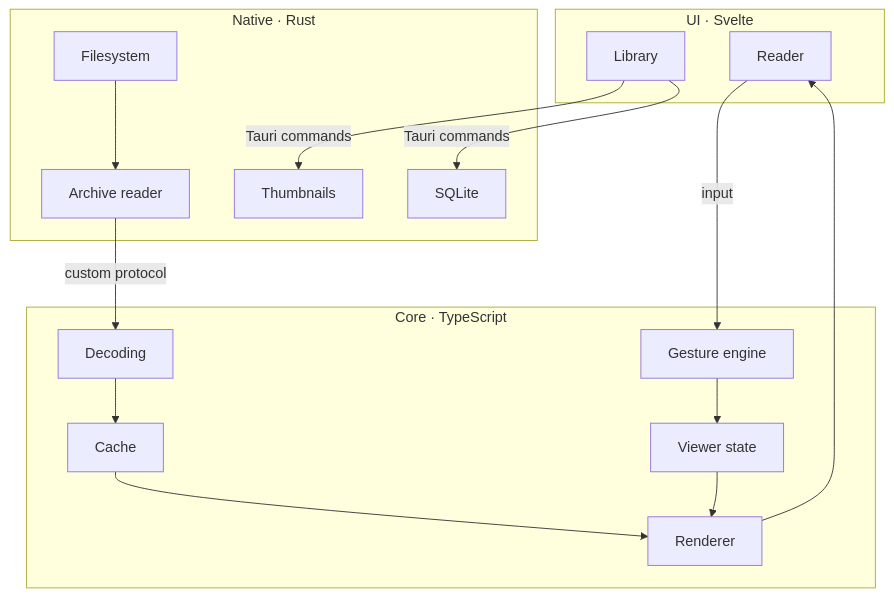
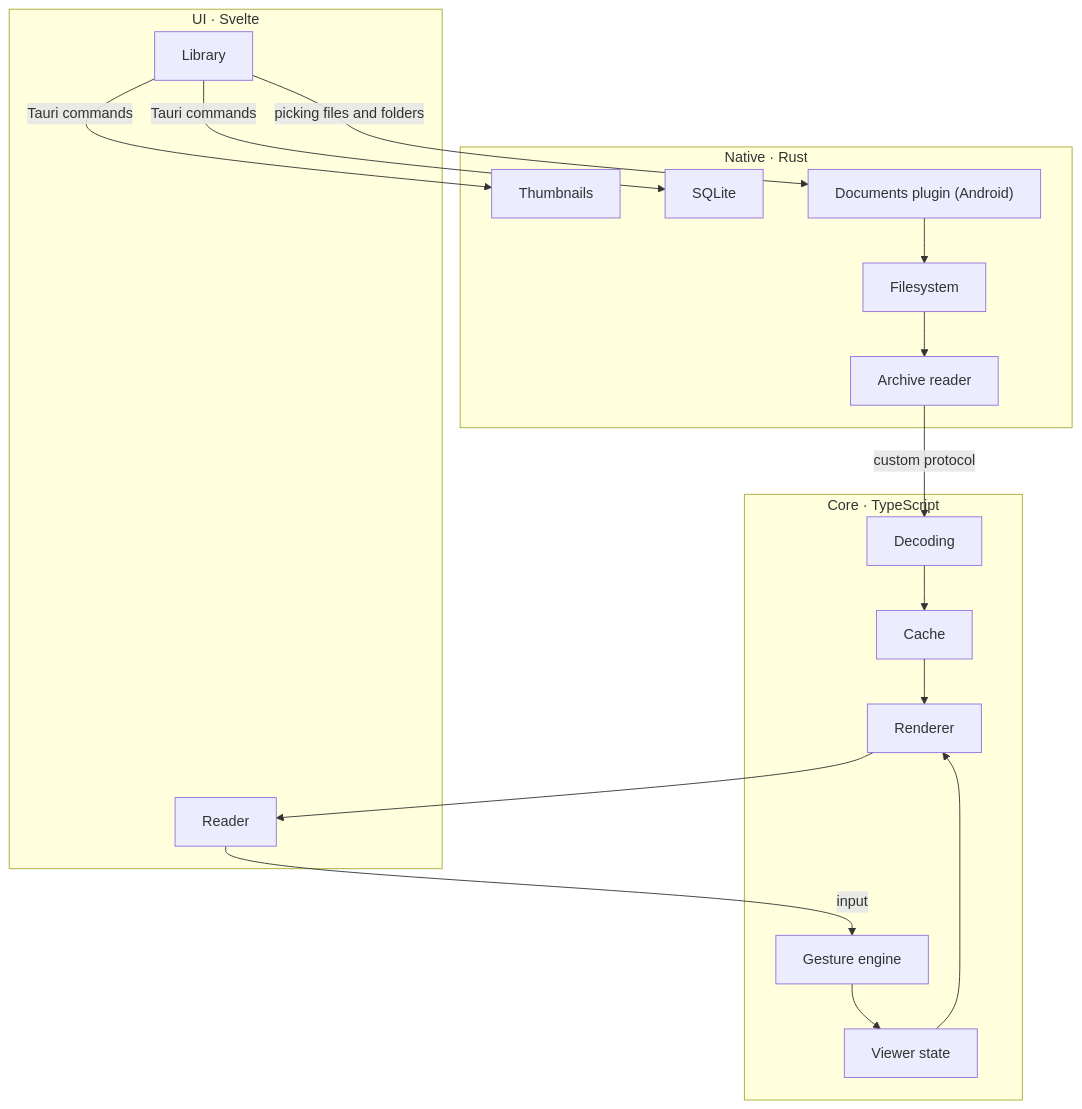
The diagram in docs/design.md (iareb/gutter), drawn with Mermaid before and after one commit. The commit also changed other lines of this file and 3 other files, not shown here.

````diff
--- a/docs/design.md
+++ b/docs/design.md
@@ -76,27 +77,29 @@
 ```mermaid
 flowchart TB
   subgraph UI["UI · Svelte"]
     Library
     Reader
   end
   subgraph Core["Core · TypeScript"]
     Gestures["Gesture engine"]
     State["Viewer state"]
     Renderer
     Cache
     Decode["Decoding"]
   end
   subgraph Native["Native · Rust"]
     FS["Filesystem"]
     Archive["Archive reader"]
     Thumbs["Thumbnails"]
     DB["SQLite"]
+    Docs["Documents plugin (Android)"]
   end
 
   FS --> Archive
   Archive -- "custom protocol" --> Decode
   Decode --> Cache --> Renderer --> Reader
   Reader -- "input" --> Gestures --> State --> Renderer
   Library -- "Tauri commands" --> Thumbs
   Library -- "Tauri commands" --> DB
+  Library -- "picking files and folders" --> Docs --> FS
 ```
````
